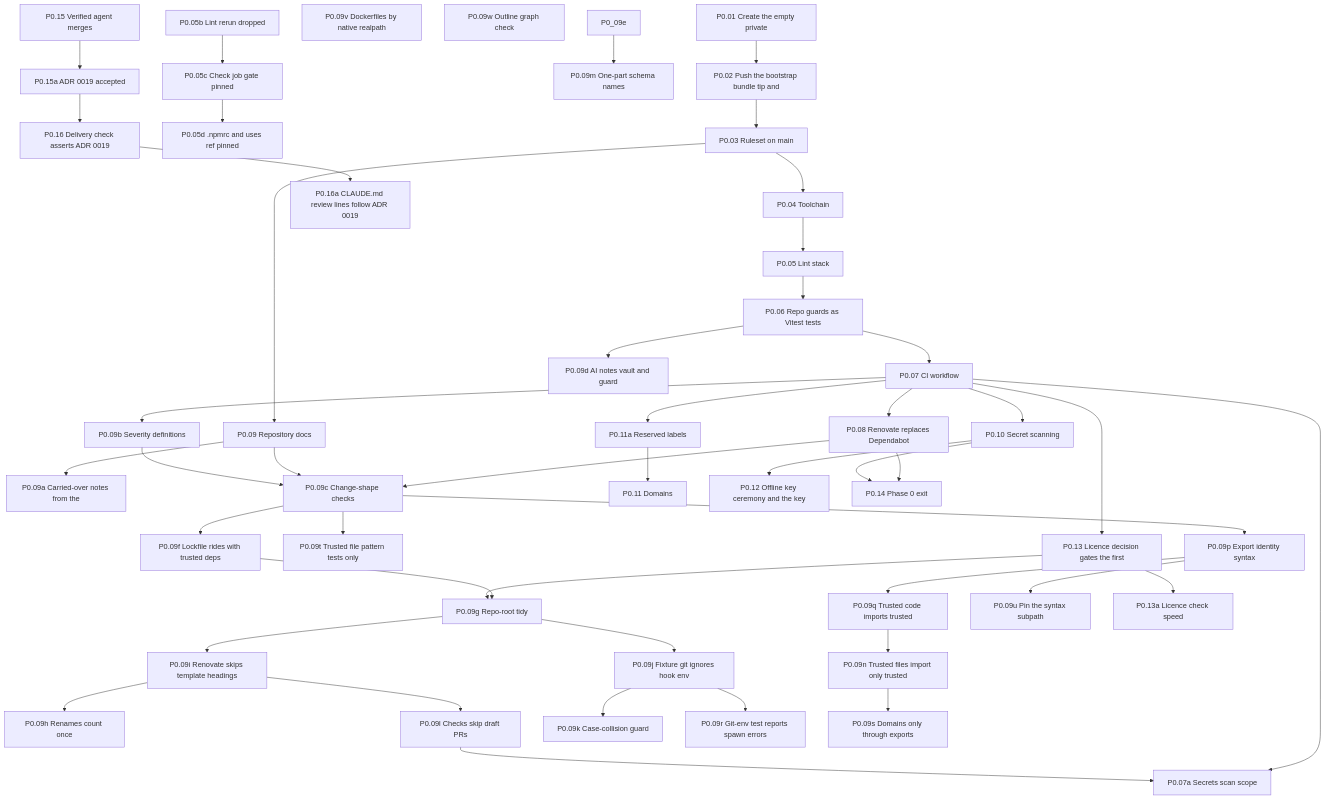
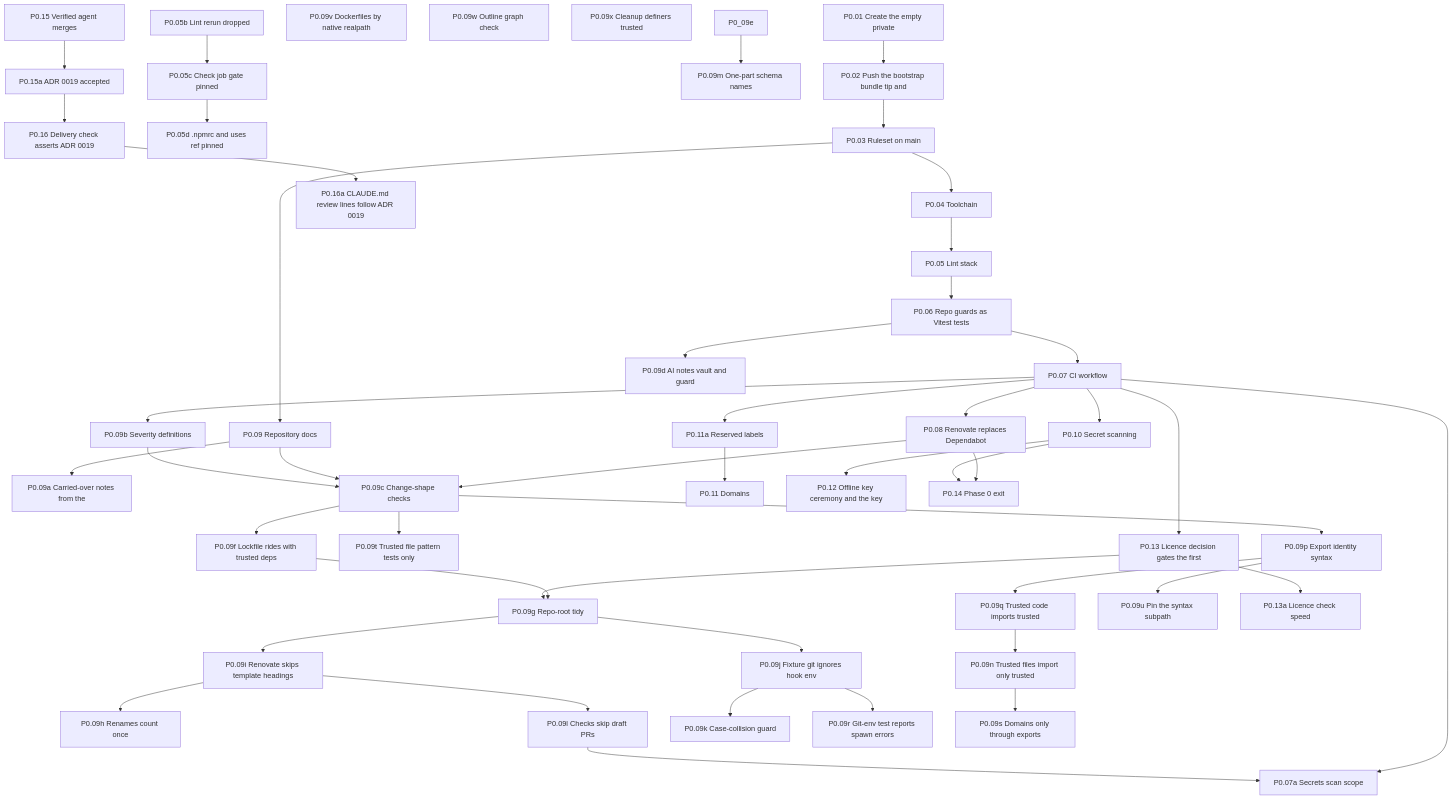
One commit to Undefined6799/unset changed the first of 11 diagrams in docs/ai/book/01-outline.md. Above: the diagram before and after it, drawn with Mermaid. The commit also changed other lines of this file and 3 other files, not shown here.

First line of the commit message:
P0.09 Carry architecture amendment 2 for P4.07g

```diff
--- a/docs/ai/book/01-outline.md
+++ b/docs/ai/book/01-outline.md
@@ -110,6 +111,7 @@
   P0_09u["P0.09u Pin the syntax subpath"]
   P0_09v["P0.09v Dockerfiles by native realpath"]
   P0_09w["P0.09w Outline graph check"]
+  P0_09x["P0.09x Cleanup definers trusted"]
   P0_10["P0.10 Secret scanning"]
   P0_11a["P0.11a Reserved labels"]
   P0_11["P0.11 Domains"]
```
